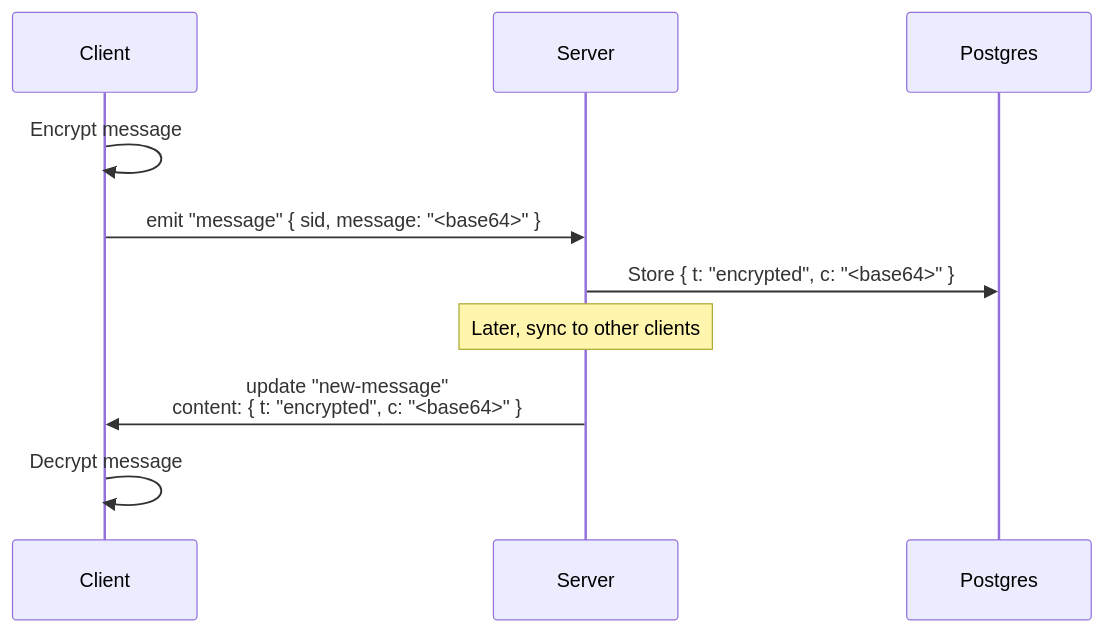
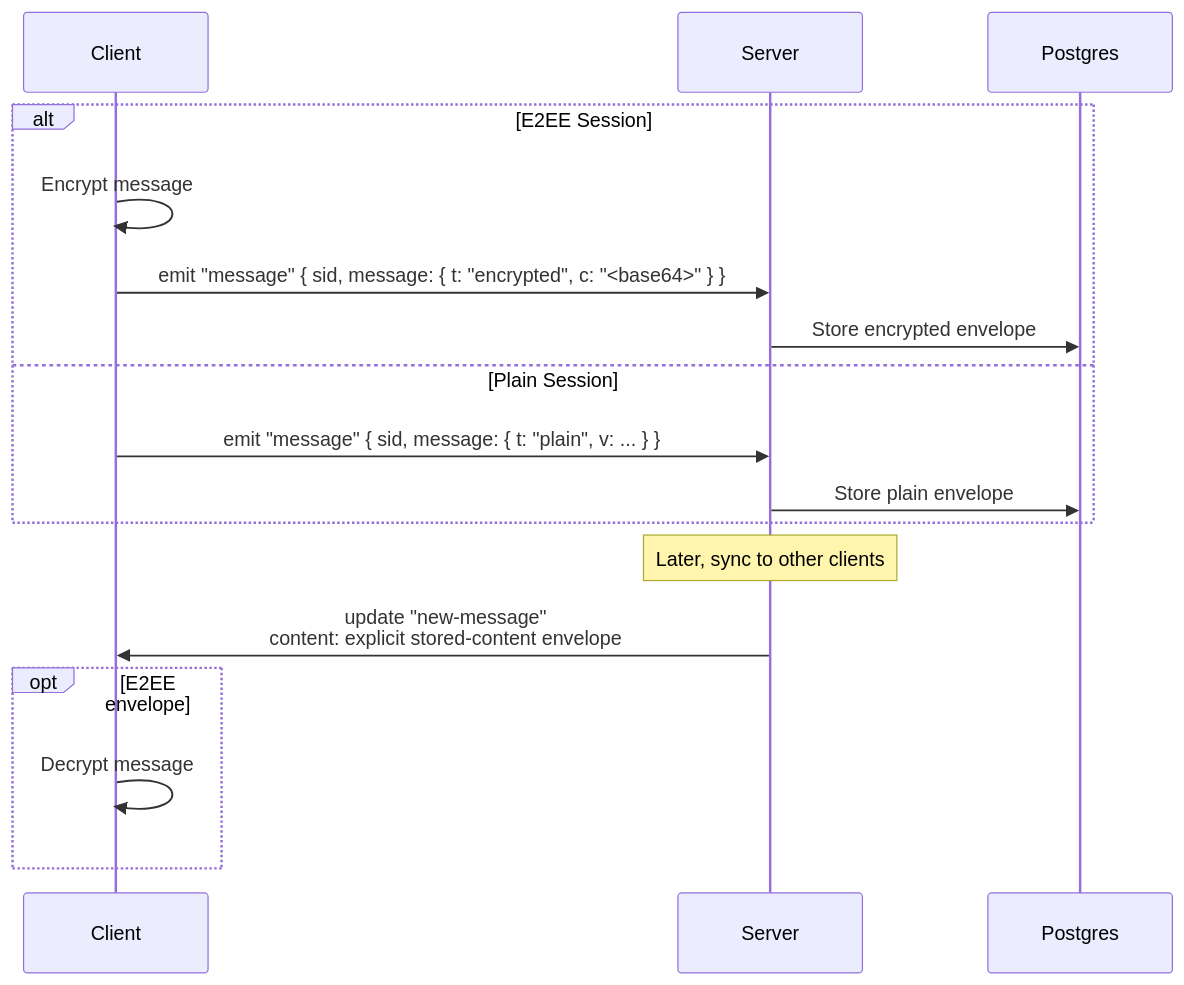
One commit to happier-dev/happier changed the eighth of 12 diagrams in docs/encryption.md. Above: the diagram before and after it, drawn with Mermaid. The commit also changed other lines of this file and 36 other files, not shown here.

````diff
--- a/docs/encryption.md
+++ b/docs/encryption.md
@@ -206,15 +401,22 @@
 ```mermaid
 sequenceDiagram
     participant Client
     participant Server
     participant DB as Postgres
 
-    Client->>Client: Encrypt message
-    Client->>Server: emit "message" { sid, message: "<base64>" }
-    Server->>DB: Store { t: "encrypted", c: "<base64>" }
+    alt E2EE Session
+        Client->>Client: Encrypt message
+        Client->>Server: emit "message" { sid, message: { t: "encrypted", c: "<base64>" } }
+        Server->>DB: Store encrypted envelope
+    else Plain Session
+        Client->>Server: emit "message" { sid, message: { t: "plain", v: ... } }
+        Server->>DB: Store plain envelope
+    end
 
     Note over Server: Later, sync to other clients
 
-    Server->>Client: update "new-message"<br/>content: { t: "encrypted", c: "<base64>" }
-    Client->>Client: Decrypt message
+    Server->>Client: update "new-message"<br/>content: explicit stored-content envelope
+    opt E2EE envelope
+        Client->>Client: Decrypt message
+    end
 ```
````
